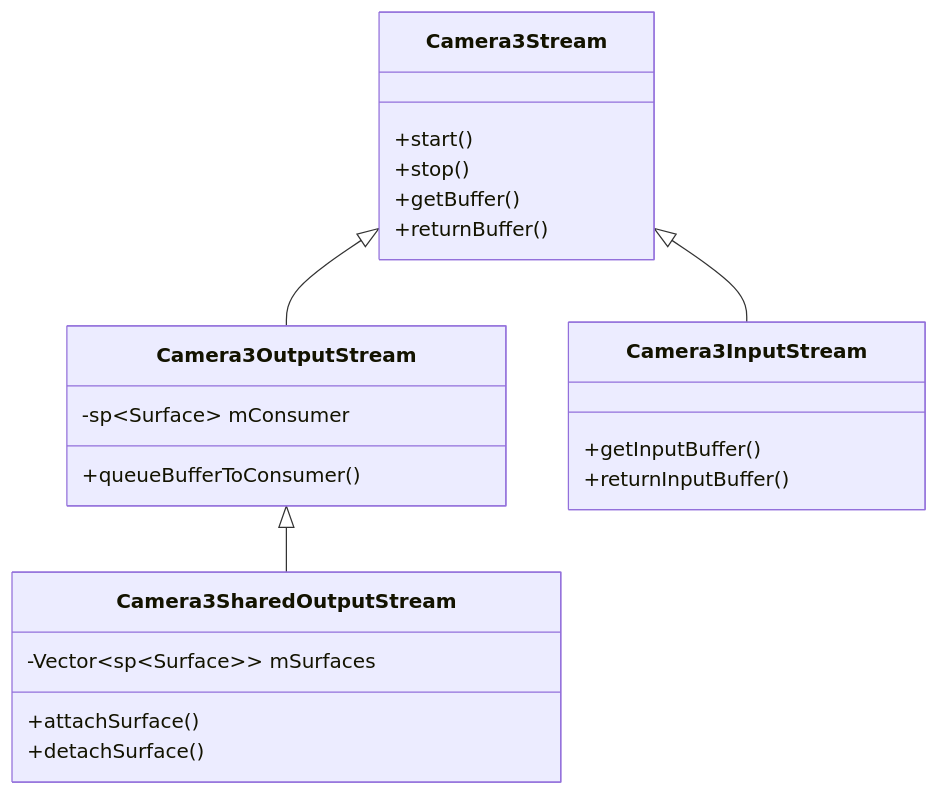
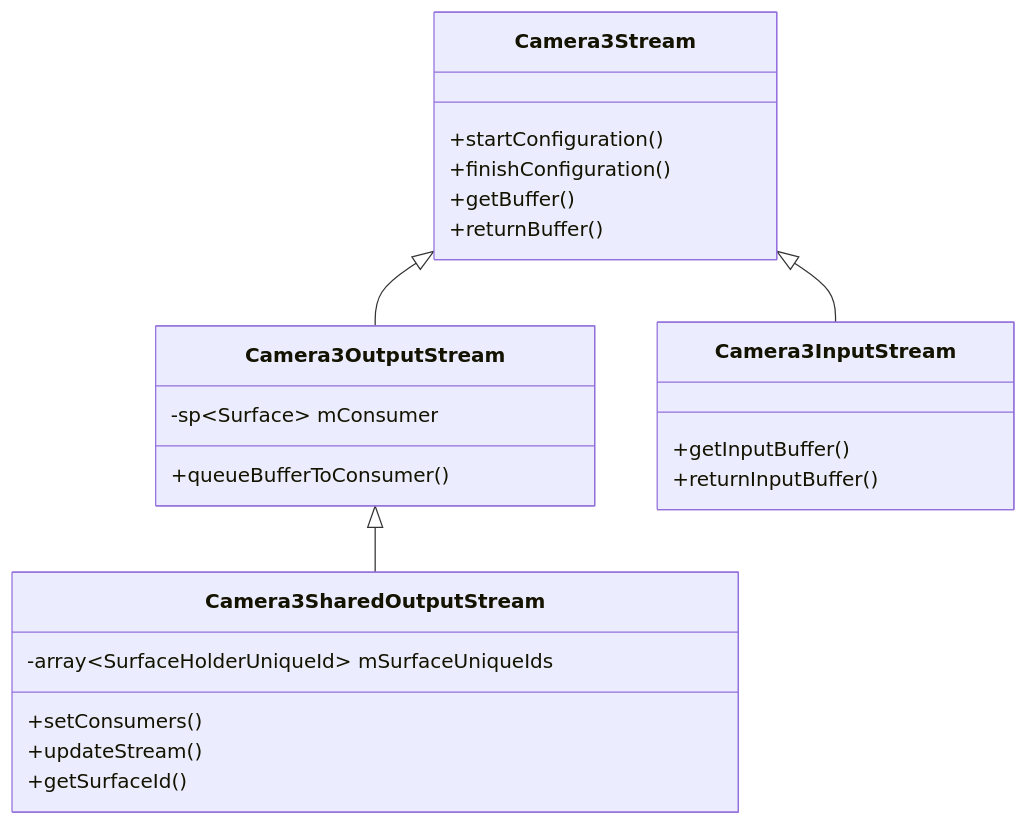
Diagram 30 of 34 in 16-media-and-camera.md (aospbooks/aosp-internal-book), drawn with Mermaid before and after one commit. The commit also changed other lines of this file and 218 other files, not shown here.

````diff
--- a/16-media-and-camera.md
+++ b/16-media-and-camera.md
@@ -3783,29 +3821,30 @@
 ```mermaid
 classDiagram
     class Camera3Stream {
-        +start()
-        +stop()
+        +startConfiguration()
+        +finishConfiguration()
         +getBuffer()
         +returnBuffer()
     }
 
     class Camera3OutputStream {
         -sp~Surface~ mConsumer
         +queueBufferToConsumer()
     }
 
     class Camera3InputStream {
         +getInputBuffer()
         +returnInputBuffer()
     }
 
     class Camera3SharedOutputStream {
-        -Vector~sp~Surface~~ mSurfaces
-        +attachSurface()
-        +detachSurface()
+        -array~SurfaceHolderUniqueId~ mSurfaceUniqueIds
+        +setConsumers()
+        +updateStream()
+        +getSurfaceId()
     }
 
     Camera3Stream <|-- Camera3OutputStream
     Camera3Stream <|-- Camera3InputStream
     Camera3OutputStream <|-- Camera3SharedOutputStream
 ```
````
